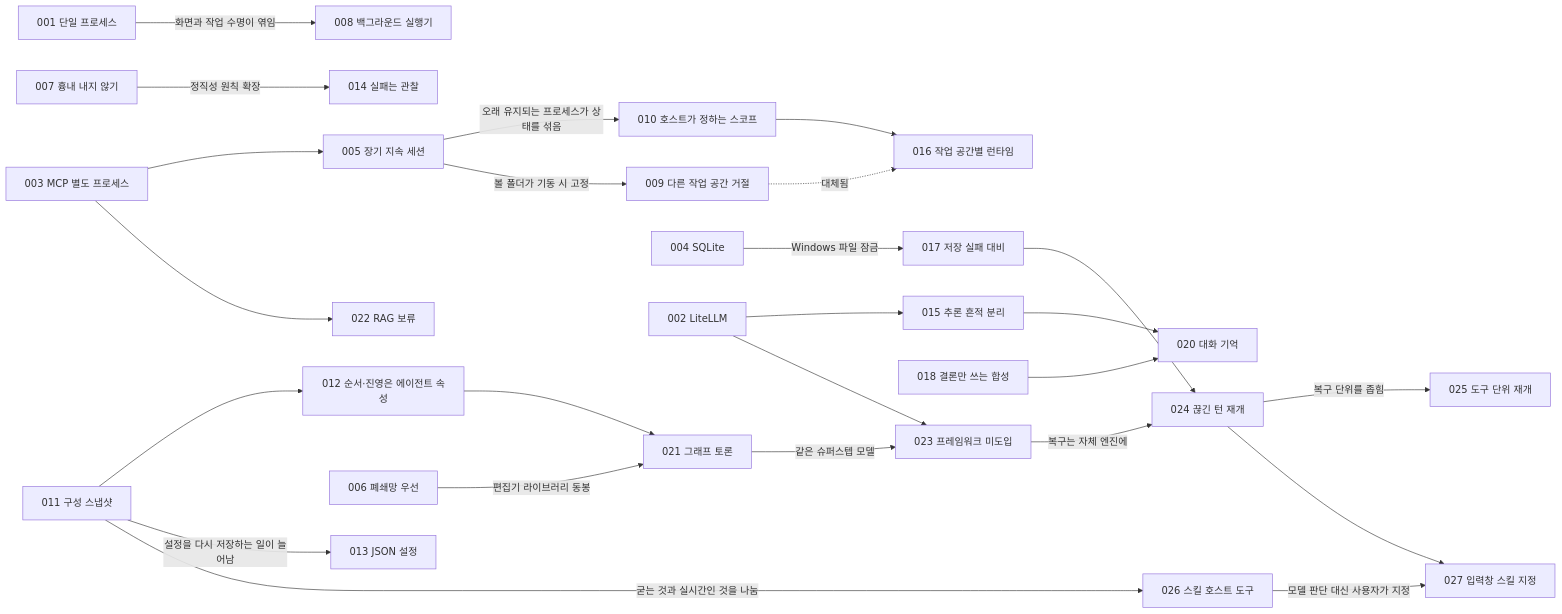
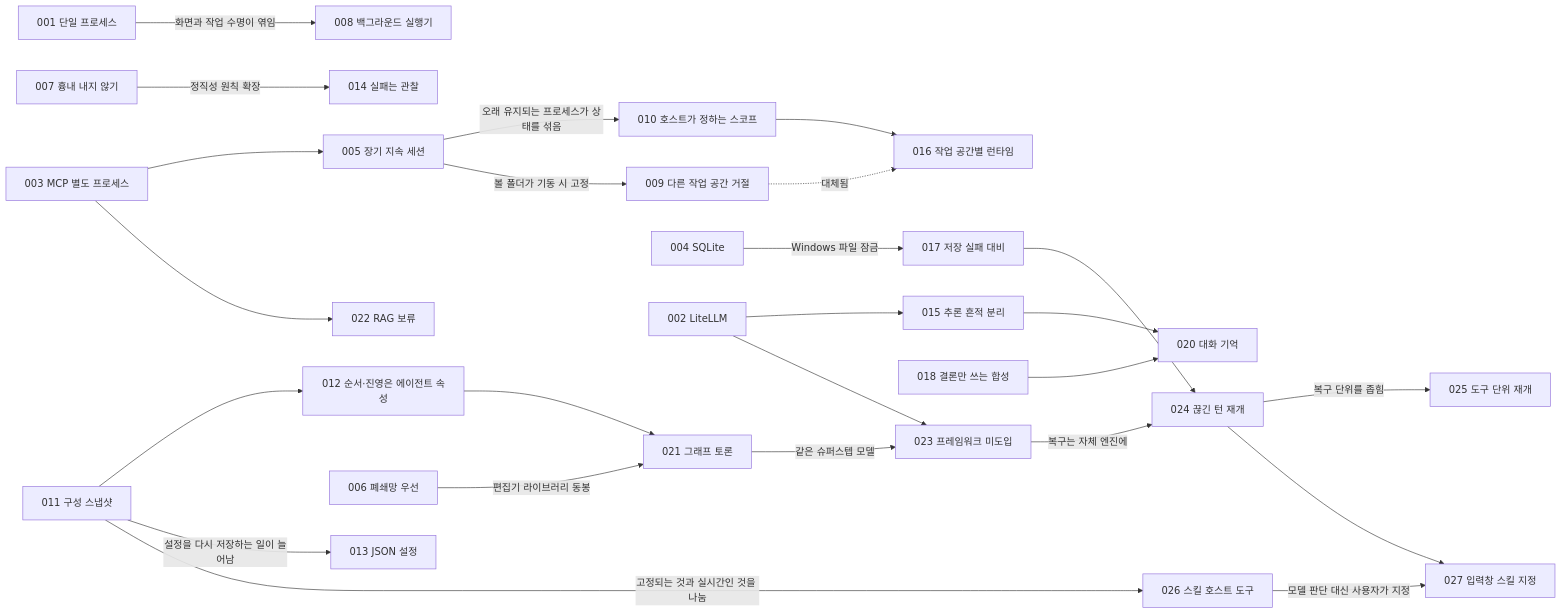
One commit to HaJaehee/MultiAgentDebateAndOrchestrationPlatform changed the diagram in lectures/05-adr/README.md. Above: the diagram before and after it, drawn with Mermaid. The commit also changed other lines of this file and 5 other files, not shown here.

````diff
--- a/lectures/05-adr/README.md
+++ b/lectures/05-adr/README.md
@@ -72,27 +72,27 @@
 ```mermaid
 flowchart LR
     A001["001 단일 프로세스"] -->|"화면과 작업 수명이 엮임"| A008["008 백그라운드 실행기"]
     A003["003 MCP 별도 프로세스"] --> A005["005 장기 지속 세션"]
     A005 -->|"오래 유지되는 프로세스가 상태를 섞음"| A010["010 호스트가 정하는 스코프"]
     A005 -->|"볼 폴더가 기동 시 고정"| A009["009 다른 작업 공간 거절"]
     A009 -.->|"대체됨"| A016["016 작업 공간별 런타임"]
     A010 --> A016
     A007["007 흉내 내지 않기"] -->|"정직성 원칙 확장"| A014["014 실패는 관찰"]
     A004["004 SQLite"] -->|"Windows 파일 잠금"| A017["017 저장 실패 대비"]
     A011["011 구성 스냅샷"] --> A012["012 순서·진영은 에이전트 속성"]
     A011 -->|"설정을 다시 저장하는 일이 늘어남"| A013["013 JSON 설정"]
     A002["002 LiteLLM"] --> A015["015 추론 흔적 분리"]
     A015 --> A020["020 대화 기억"]
     A018["018 결론만 쓰는 합성"] --> A020
     A012 --> A021["021 그래프 토론"]
     A006["006 폐쇄망 우선"] -->|"편집기 라이브러리 동봉"| A021
     A003 --> A022["022 RAG 보류"]
     A002 --> A023["023 프레임워크 미도입"]
     A021 -->|"같은 슈퍼스텝 모델"| A023
     A023 -->|"복구는 자체 엔진에"| A024["024 끊긴 턴 재개"]
     A017 --> A024
     A024 -->|"복구 단위를 좁힘"| A025["025 도구 단위 재개"]
-    A011 -->|"굳는 것과 실시간인 것을 나눔"| A026["026 스킬 호스트 도구"]
+    A011 -->|"고정되는 것과 실시간인 것을 나눔"| A026["026 스킬 호스트 도구"]
     A026 -->|"모델 판단 대신 사용자가 지정"| A027["027 입력창 스킬 지정"]
     A024 --> A027
 ```
````
